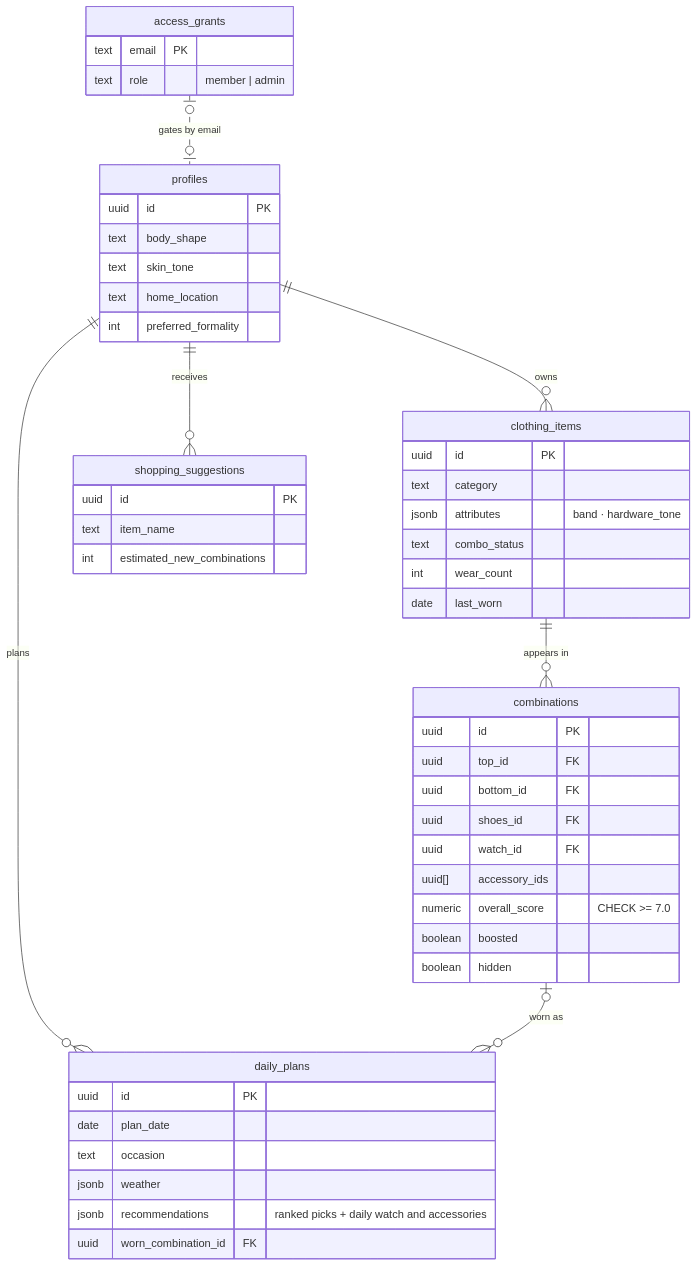
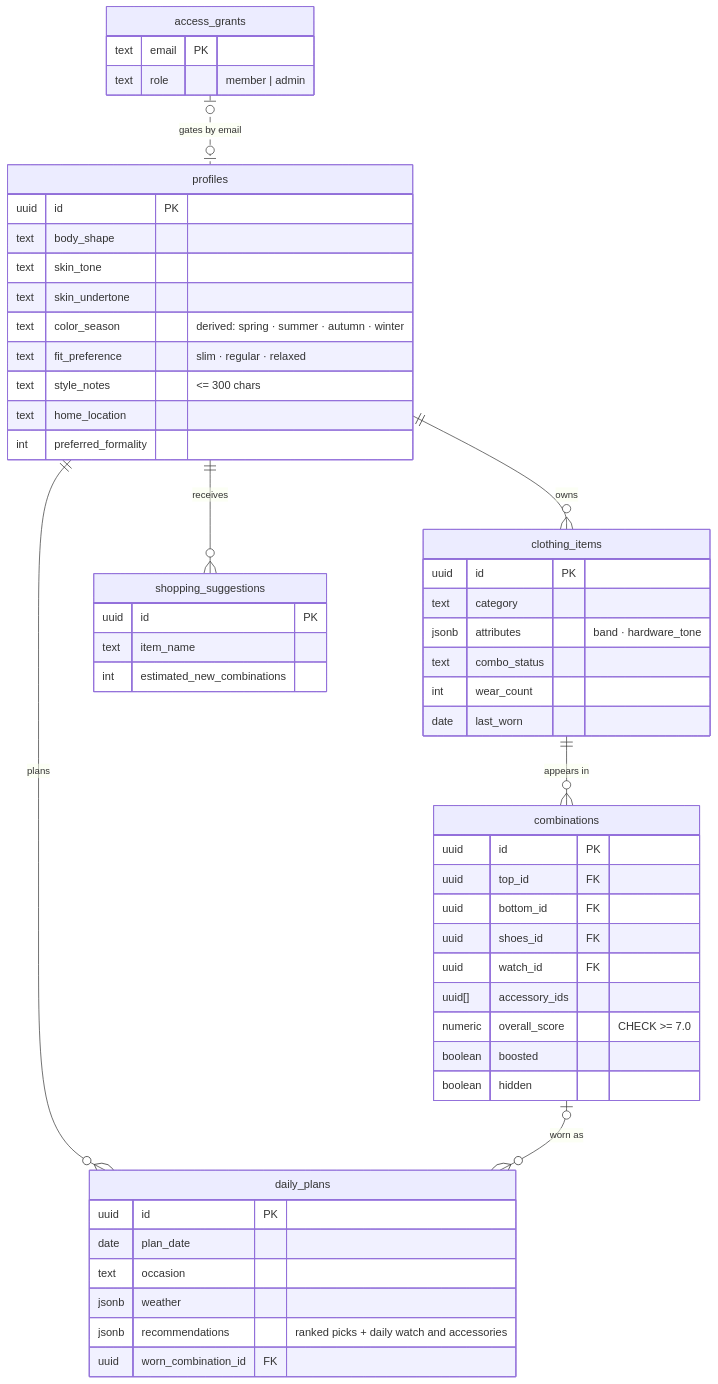
The sixth of 6 diagrams in README.md (roldanalex/fashion-helper-app), drawn with Mermaid before and after one commit. The commit also changed other lines of this file and 77 other files, not shown here.

````diff
--- a/README.md
+++ b/README.md
@@ -315,53 +328,57 @@
 ```mermaid
 erDiagram
     profiles ||--o{ clothing_items : owns
     profiles ||--o{ daily_plans : plans
     profiles ||--o{ shopping_suggestions : receives
     clothing_items ||--o{ combinations : "appears in"
     combinations |o--o{ daily_plans : "worn as"
     access_grants |o..o| profiles : "gates by email"
 
     profiles {
         uuid id PK
         text body_shape
         text skin_tone
+        text skin_undertone
+        text color_season "derived: spring · summer · autumn · winter"
+        text fit_preference "slim · regular · relaxed"
+        text style_notes "<= 300 chars"
         text home_location
         int preferred_formality
     }
     clothing_items {
         uuid id PK
         text category
         jsonb attributes "band · hardware_tone"
         text combo_status
         int wear_count
         date last_worn
     }
     combinations {
         uuid id PK
         uuid top_id FK
         uuid bottom_id FK
         uuid shoes_id FK
         uuid watch_id FK
         uuid[] accessory_ids
         numeric overall_score "CHECK >= 7.0"
         boolean boosted
         boolean hidden
     }
     daily_plans {
         uuid id PK
         date plan_date
         text occasion
         jsonb weather
         jsonb recommendations "ranked picks + daily watch and accessories"
         uuid worn_combination_id FK
     }
     shopping_suggestions {
         uuid id PK
         text item_name
         int estimated_new_combinations
     }
     access_grants {
         text email PK
         text role "member | admin"
     }
 ```
````
